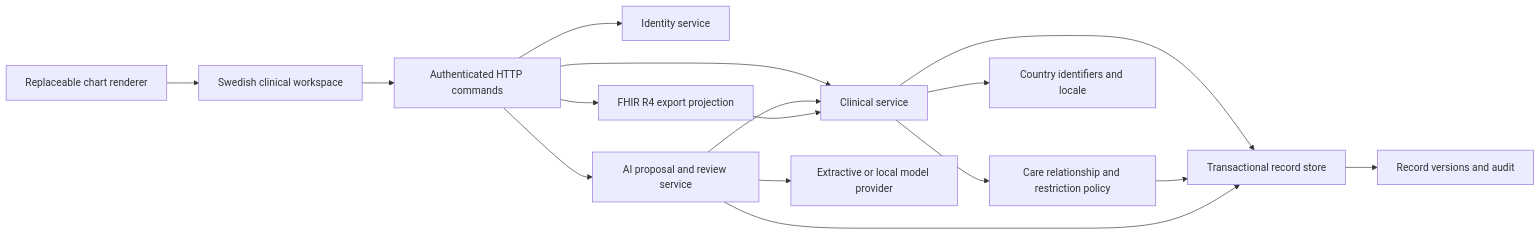
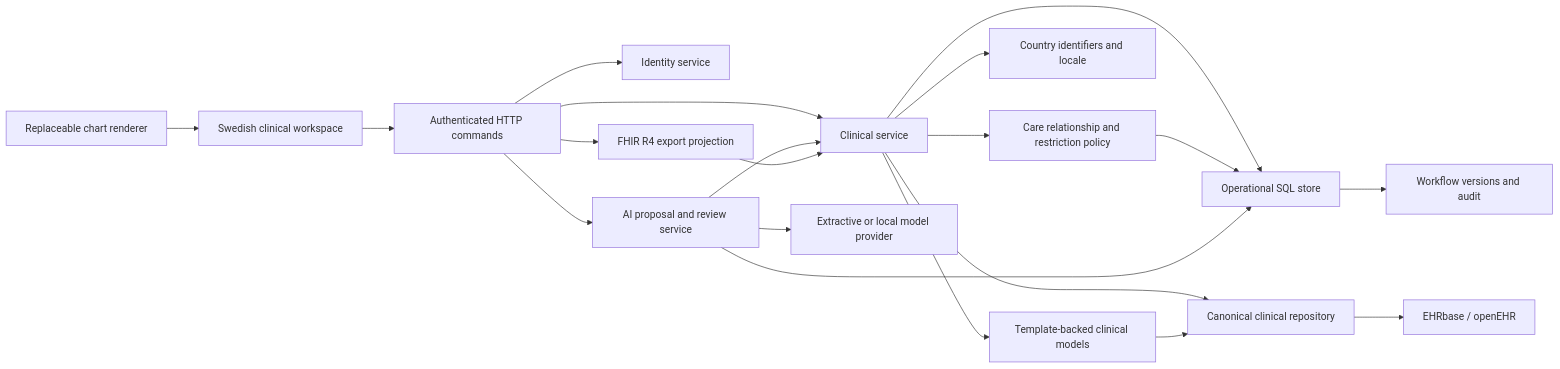
Before and after one commit to Eir-Space/eir-ehr: the diagram in docs/ARCHITECTURE.md, drawn with Mermaid. The commit also changed other lines of this file and 32 other files, not shown here.

Commit message:
Make vital signs template-first in openEHR

````diff
--- a/docs/ARCHITECTURE.md
+++ b/docs/ARCHITECTURE.md
@@ -11,18 +11,22 @@
 ```mermaid
 flowchart LR
     UI["Swedish clinical workspace"] --> API["Authenticated HTTP commands"]
     Renderer["Replaceable chart renderer"] --> UI
     API --> Identity["Identity service"]
     API --> Clinical["Clinical service"]
     Clinical --> Access["Care relationship and restriction policy"]
     Clinical --> Country["Country identifiers and locale"]
-    Clinical --> Store["Transactional record store"]
+    Clinical --> Models["Template-backed clinical models"]
+    Clinical --> Repository["Canonical clinical repository"]
+    Clinical --> Store["Operational SQL store"]
+    Models --> Repository
+    Repository --> OpenEHR["EHRbase / openEHR"]
     Access --> Store
-    Store --> History["Record versions and audit"]
+    Store --> History["Workflow versions and audit"]
     API --> Review["AI proposal and review service"]
     Review --> Clinical
     Review --> Model["Extractive or local model provider"]
     Review --> Store
     API --> FHIR["FHIR R4 export projection"]
     FHIR --> Clinical
 ```
````
